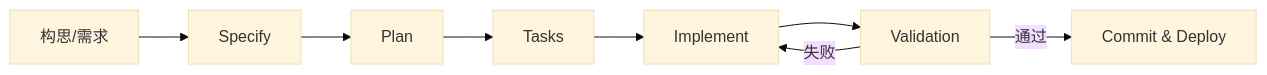
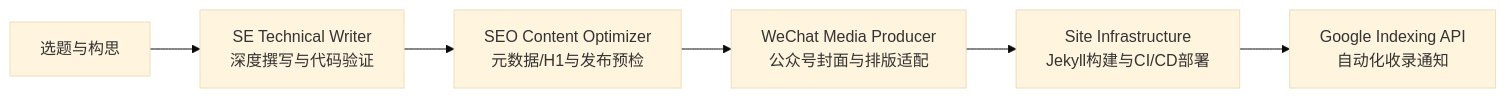
Before and after one commit to RbBtSn0w/rbbtsn0w.github.io: the first of 3 diagrams in README.md, drawn with Mermaid (base theme). The commit also changed other lines of this file, not shown here.

````diff
--- a/README.md
+++ b/README.md
@@ -15,10 +15,8 @@
 ```mermaid
 graph LR
-  A[构思/需求] --> B[Specify]
-  B --> C[Plan]
-  C --> D[Tasks]
-  D --> E[Implement]
-  E --> F[Validation]
-  F -->|通过| G[Commit & Deploy]
-  F -->|失败| E
+  A[选题与构思] --> B["SE Technical Writer<br/>深度撰写与代码验证"]
+  B --> C["SEO Content Optimizer<br/>元数据/H1与发布预检"]
+  C --> D["WeChat Media Producer<br/>公众号封面与排版适配"]
+  D --> E["Site Infrastructure<br/>Jekyll构建与CI/CD部署"]
+  E --> F["Google Indexing API<br/>自动化收录通知"]
 ```
````
